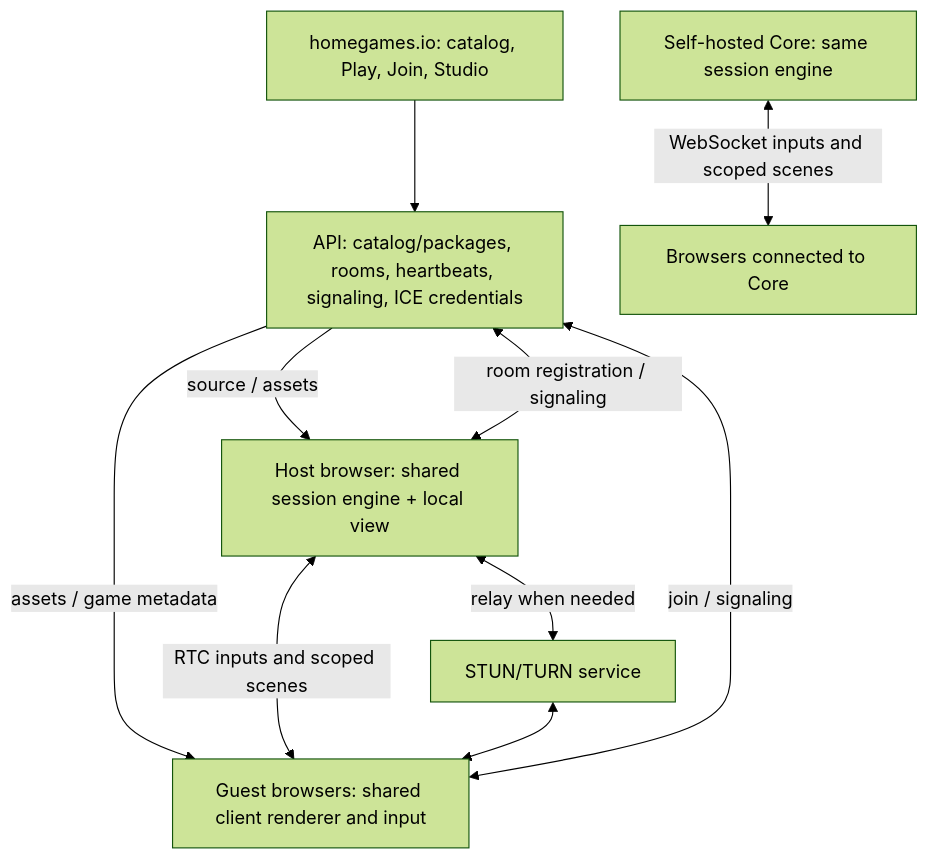
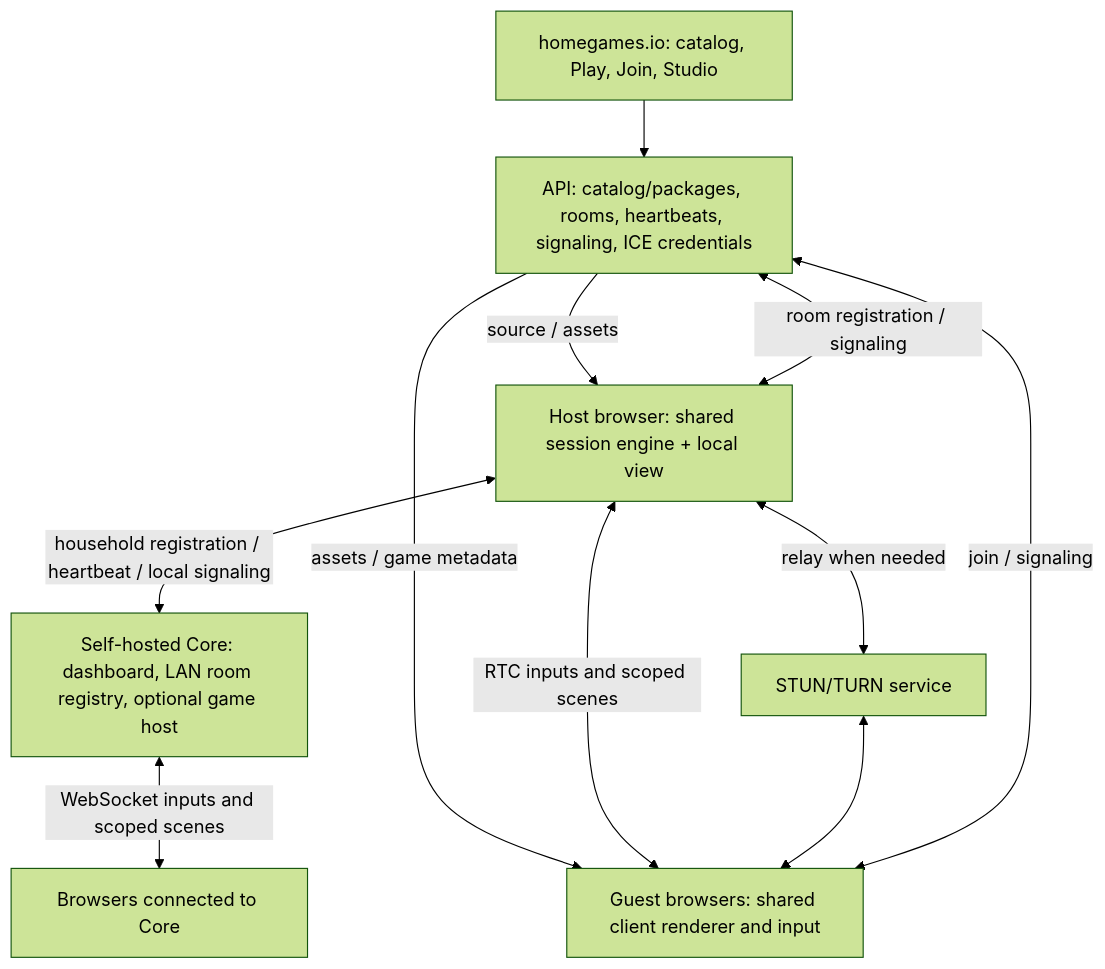
Before and after one commit to homegamesio/homegames-core: the diagram in docs/browser-hosted-multiplayer-plan.md, drawn with Mermaid (forest theme). The commit also changed other lines of this file and 1883 other files, not shown here.

```diff
--- a/docs/browser-hosted-multiplayer-plan.md
+++ b/docs/browser-hosted-multiplayer-plan.md
@@ -39,19 +42,20 @@
 ~~~mermaid
 flowchart TB
     WEB["homegames.io: catalog, Play, Join, Studio"]
     API["API: catalog/packages, rooms, heartbeats, signaling, ICE credentials"]
     HOST["Host browser: shared session engine + local view"]
     GUEST["Guest browsers: shared client renderer and input"]
     TURN["STUN/TURN service"]
-    CORE["Self-hosted Core: same session engine"]
+    CORE["Self-hosted Core: dashboard, LAN room registry, optional game host"]
     WSCLIENT["Browsers connected to Core"]
     WEB --> API
     API -->|"source / assets"| HOST
     API -->|"assets / game metadata"| GUEST
     HOST <-->|"room registration / signaling"| API
+    HOST <-->|"household registration / heartbeat / local signaling"| CORE
     GUEST <-->|"join / signaling"| API
     HOST <-->|"RTC inputs and scoped scenes"| GUEST
     HOST <-->|"relay when needed"| TURN
     TURN <--> GUEST
     CORE <-->|"WebSocket inputs and scoped scenes"| WSCLIENT
 ~~~
```
